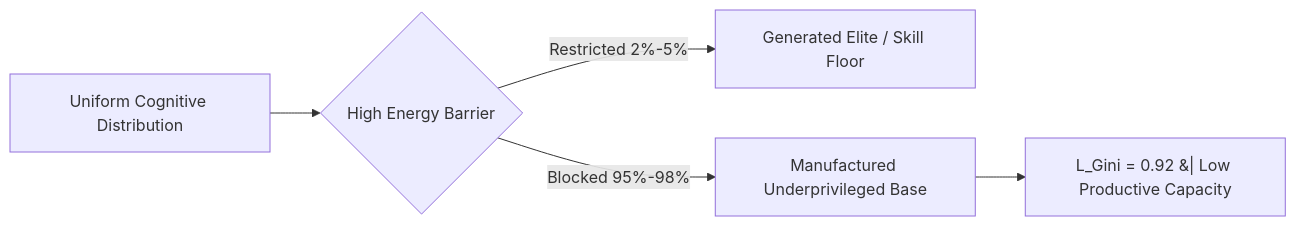
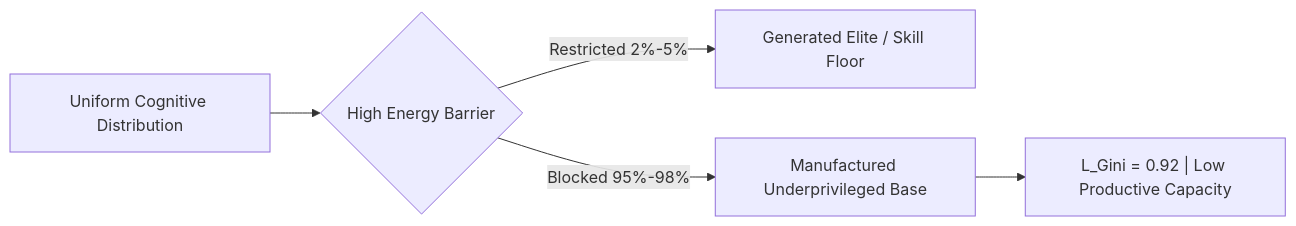
Before and after one commit to justicephysics/Nalanda: the third of 3 diagrams in published/2026-07-25_Education_SystemicRuin_AcademicUniversityProfessorAbstractPaper.md, drawn with Mermaid.

````diff
--- a/published/2026-07-25_Education_SystemicRuin_AcademicUniversityProfessorAbstractPaper.md
+++ b/published/2026-07-25_Education_SystemicRuin_AcademicUniversityProfessorAbstractPaper.md
@@ -110,7 +110,7 @@
 ```mermaid
 graph LR
     A[Uniform Cognitive Distribution] --> B{High Energy Barrier}
     B -- "Restricted 2%-5%" --> C[Generated Elite / Skill Floor]
     B -- "Blocked 95%-98%" --> D[Manufactured Underprivileged Base]
-    D --> E[L_Gini = 0.92 &#124; Low Productive Capacity]
+    D --> E["L_Gini = 0.92 | Low Productive Capacity"]
 ```
````
